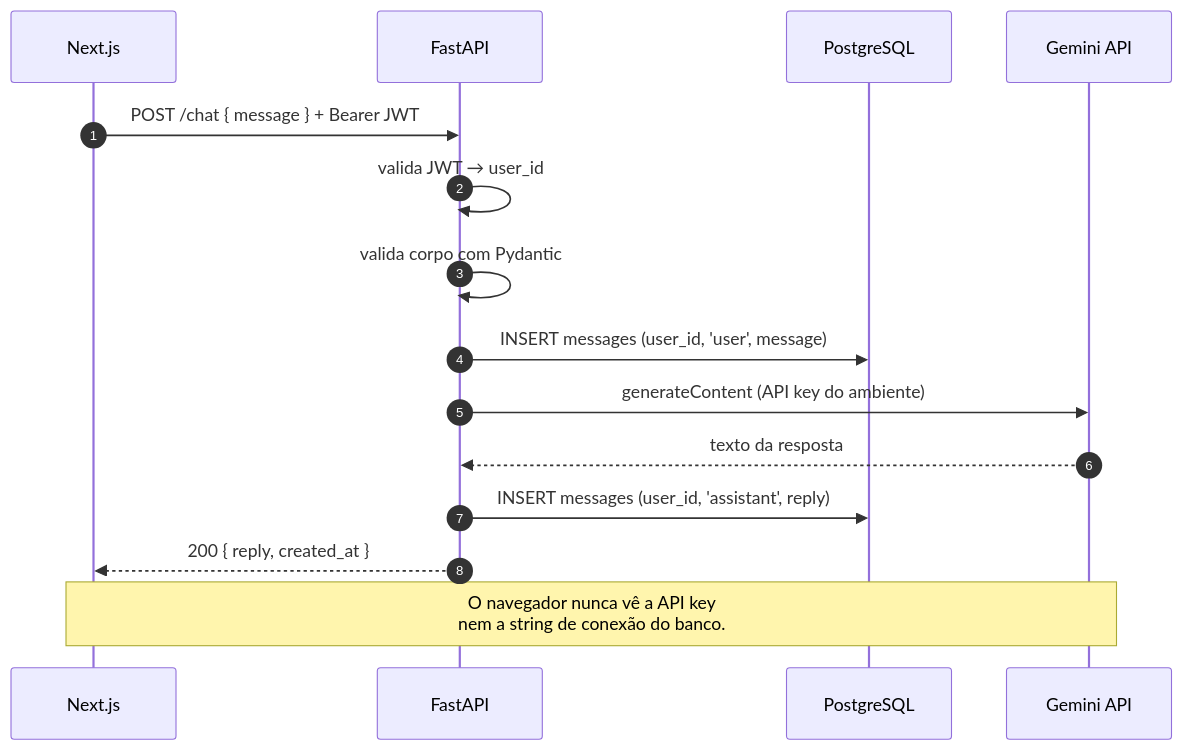
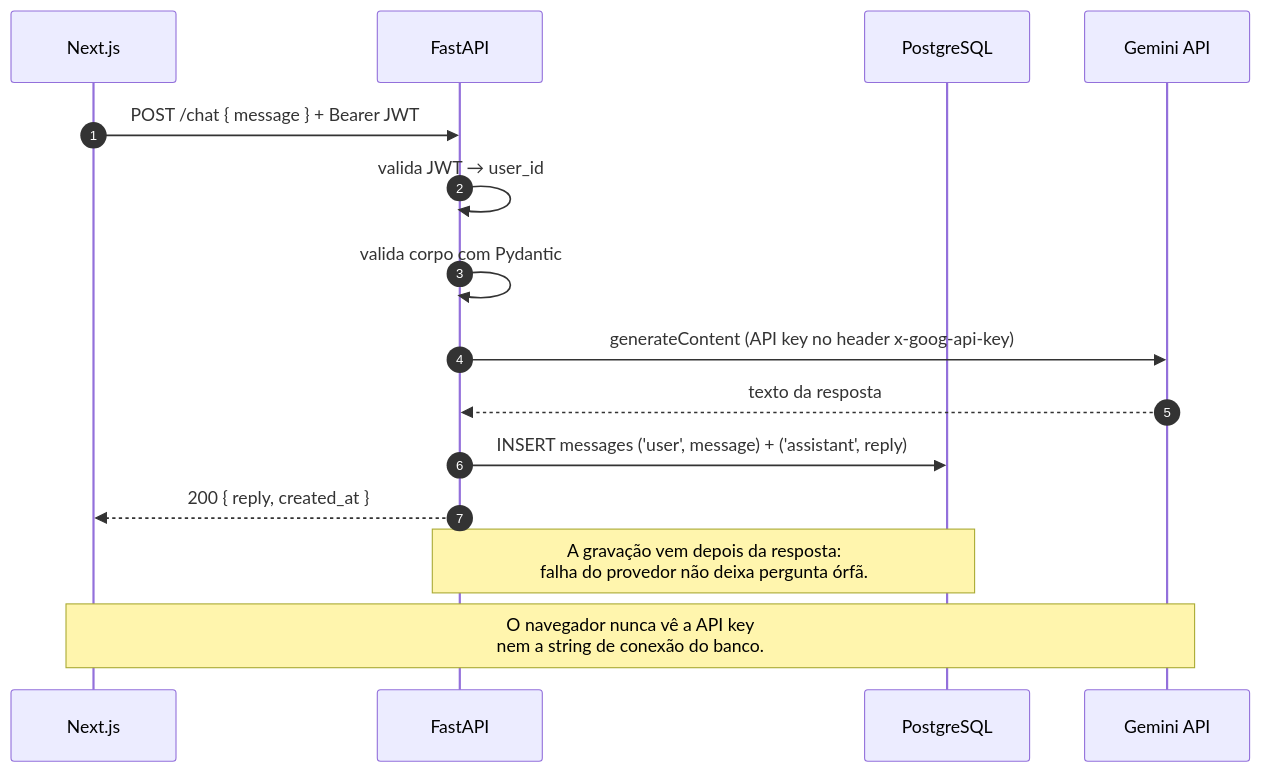
The third of 3 diagrams in docs/arquitetura.md (PUCTech/base-project-2026), drawn with Mermaid before and after one commit. The commit also changed 1 other file, not shown here.

Commit message:
docs: registra os códigos de erro do chat e o fluxo de gravação

````diff
--- a/docs/arquitetura.md
+++ b/docs/arquitetura.md
@@ -62,19 +62,19 @@
 ```mermaid
 sequenceDiagram
     autonumber
     participant N as Next.js
     participant F as FastAPI
     participant P as PostgreSQL
     participant G as Gemini API
 
     N->>F: POST /chat  { message }  + Bearer JWT
     F->>F: valida JWT → user_id
     F->>F: valida corpo com Pydantic
-    F->>P: INSERT messages (user_id, 'user', message)
-    F->>G: generateContent  (API key do ambiente)
+    F->>G: generateContent  (API key no header x-goog-api-key)
     G-->>F: texto da resposta
-    F->>P: INSERT messages (user_id, 'assistant', reply)
+    F->>P: INSERT messages ('user', message) + ('assistant', reply)
     F-->>N: 200  { reply, created_at }
 
+    Note over F,P: A gravação vem depois da resposta:<br/>falha do provedor não deixa pergunta órfã.
     Note over N,G: O navegador nunca vê a API key<br/>nem a string de conexão do banco.
 ```
````
